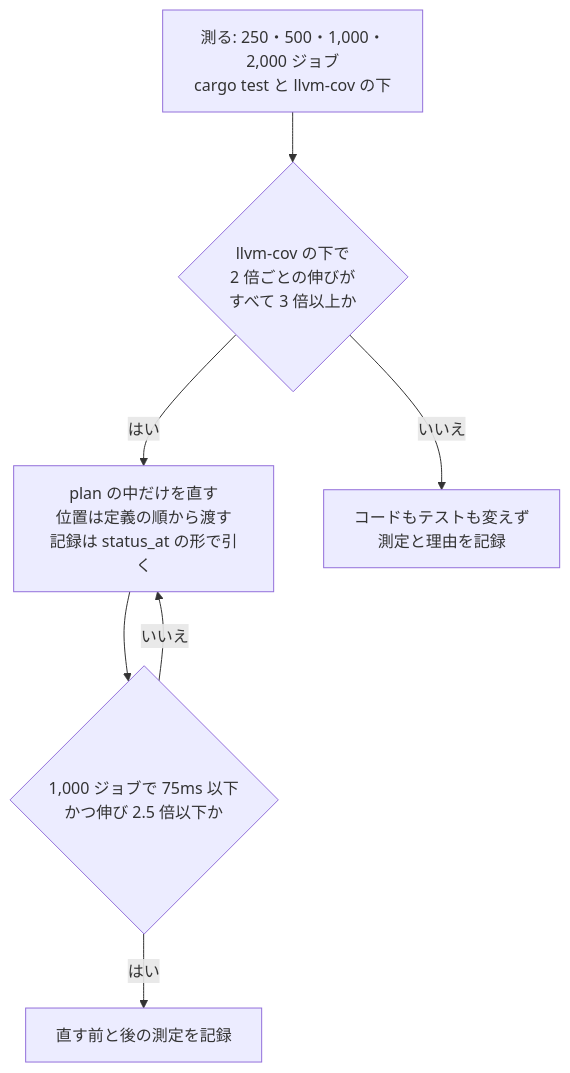
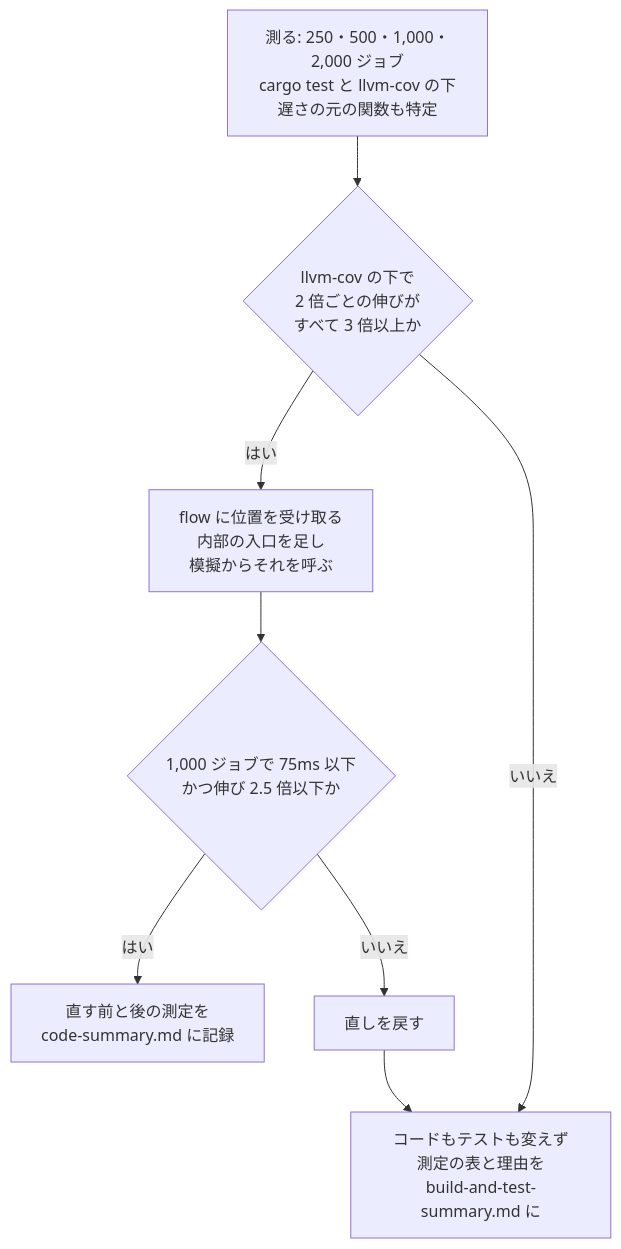
Before and after one commit to agwlvssainokuni/rust-job-conductor: the first of 2 diagrams in aidlc/spaces/default/intents/261126-v0101-followups/construction/functional-design/functional-spec.md, drawn with Mermaid. The commit also changed other lines of this file and 6 other files, not shown here.

````diff
--- a/aidlc/spaces/default/intents/261126-v0101-followups/construction/functional-design/functional-spec.md
+++ b/aidlc/spaces/default/intents/261126-v0101-followups/construction/functional-design/functional-spec.md
@@ -48,9 +48,10 @@
 ```mermaid
 flowchart TD
-  M[測る: 250・500・1,000・2,000 ジョブ<br>cargo test と llvm-cov の下] --> J{llvm-cov の下で<br>2 倍ごとの伸びが<br>すべて 3 倍以上か}
-  J -- はい --> F[plan の中だけを直す<br>位置は定義の順から渡す<br>記録は status_at の形で引く]
+  M[測る: 250・500・1,000・2,000 ジョブ<br>cargo test と llvm-cov の下<br>遅さの元の関数も特定] --> J{llvm-cov の下で<br>2 倍ごとの伸びが<br>すべて 3 倍以上か}
+  J -- はい --> F[flow に位置を受け取る<br>内部の入口を足し<br>模擬からそれを呼ぶ]
   F --> V{1,000 ジョブで 75ms 以下<br>かつ伸び 2.5 倍以下か}
-  V -- いいえ --> F
-  V -- はい --> R1[直す前と後の測定を記録]
-  J -- いいえ --> R2[コードもテストも変えず<br>測定と理由を記録]
+  V -- はい --> R1[直す前と後の測定を<br>code-summary.md に記録]
+  V -- いいえ --> B[直しを戻す]
+  B --> R2
+  J -- いいえ --> R2[コードもテストも変えず<br>測定の表と理由を<br>build-and-test-summary.md に]
 ```
````
